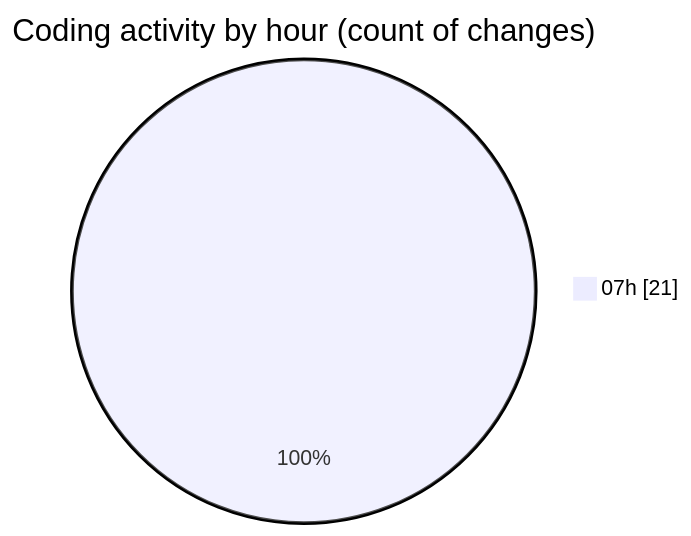
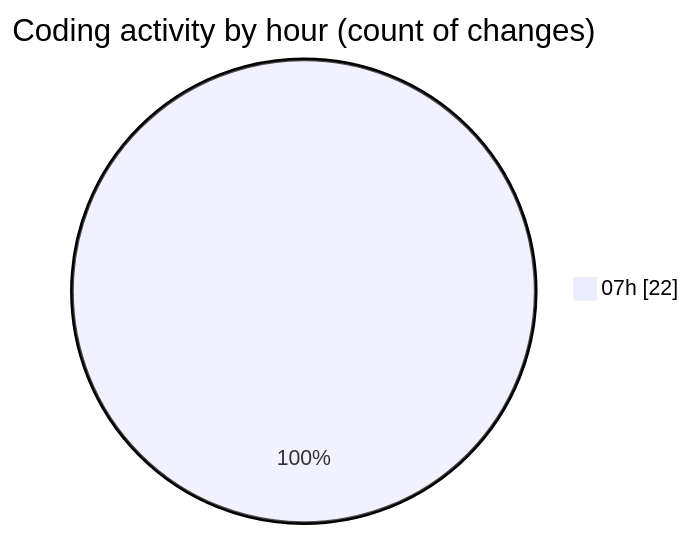
Before and after one commit to robertbonfada/code-tracking: the second of 2 diagrams in 2025-03-10/mbc-web/README.md, drawn with Mermaid. The commit also changed other lines of this file and 1 other file, not shown here.

````diff
--- a/2025-03-10/mbc-web/README.md
+++ b/2025-03-10/mbc-web/README.md
@@ -34,5 +34,5 @@
 ```mermaid
 pie showData
 title Coding activity by hour (count of changes)
-"07h" : 21
+"07h" : 22
 ```
````
